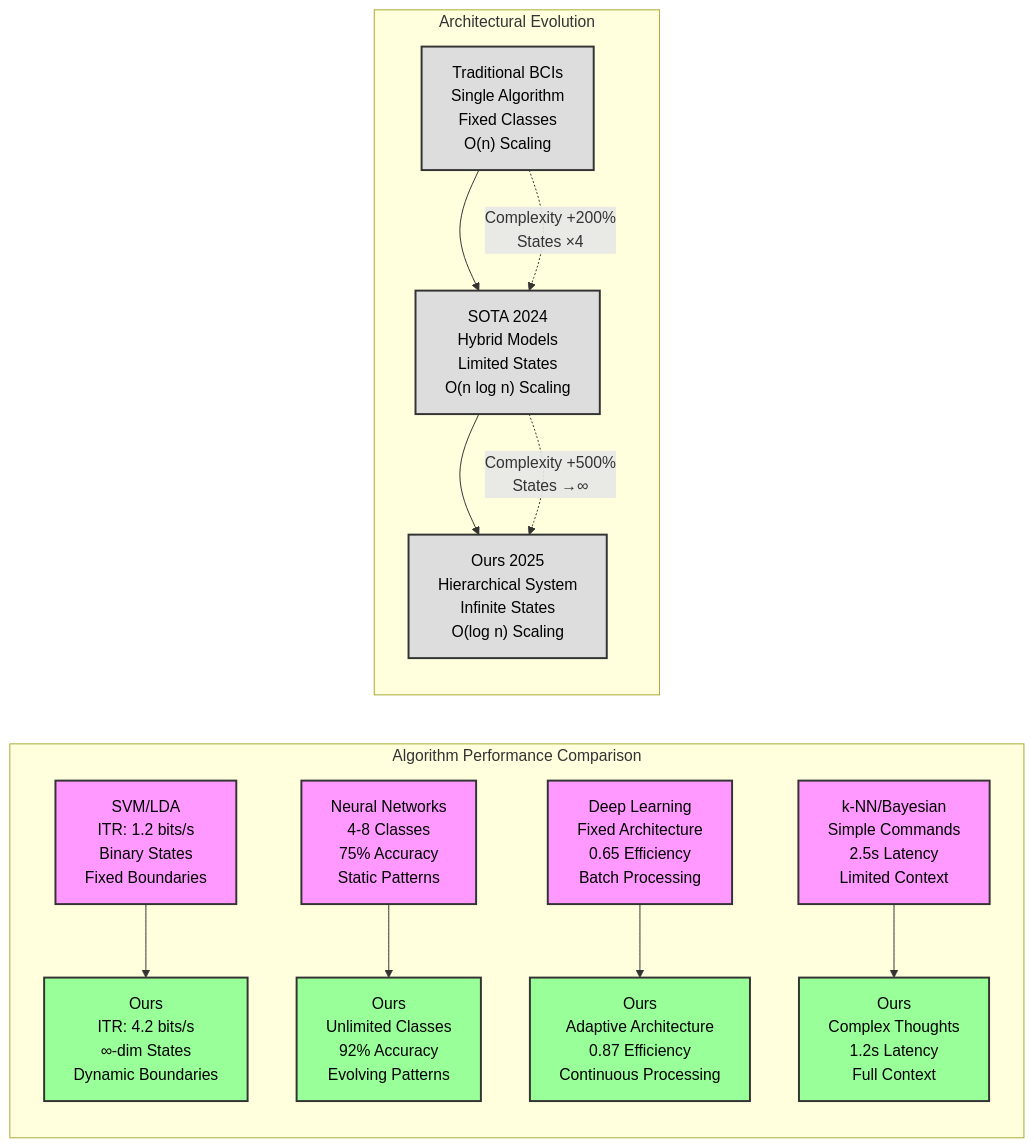
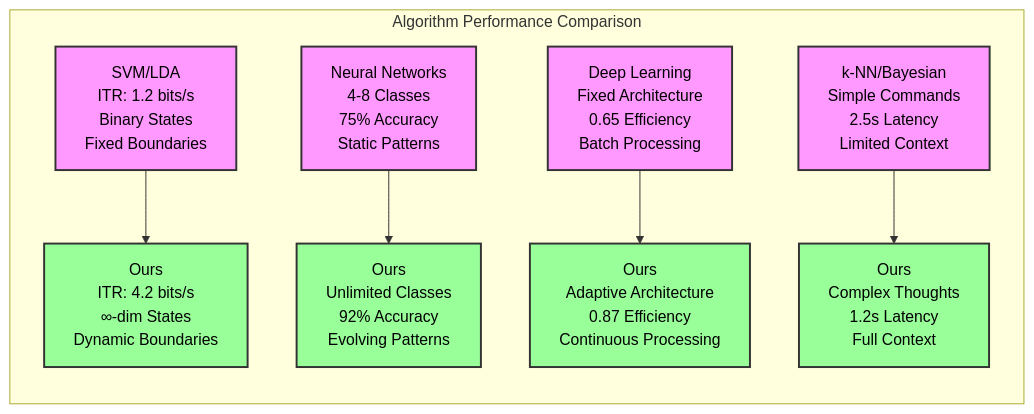
Before and after one commit to MatthewLaw1/Synaptic-Engine: the fifth of 6 diagrams in README.md, drawn with Mermaid. The commit also changed other lines of this file, not shown here.

````diff
--- a/README.md
+++ b/README.md
@@ -813,29 +792,18 @@
 ```mermaid
 graph LR
     subgraph "Algorithm Performance Comparison"
         style B1 fill:#f9f,stroke:#333,stroke-width:2px,color:#000
         style B2 fill:#f9f,stroke:#333,stroke-width:2px,color:#000
         style B3 fill:#f9f,stroke:#333,stroke-width:2px,color:#000
         style B4 fill:#f9f,stroke:#333,stroke-width:2px,color:#000
         style O1 fill:#9f9,stroke:#333,stroke-width:2px,color:#000
         style O2 fill:#9f9,stroke:#333,stroke-width:2px,color:#000
         style O3 fill:#9f9,stroke:#333,stroke-width:2px,color:#000
         style O4 fill:#9f9,stroke:#333,stroke-width:2px,color:#000
 
         B1["SVM/LDA\nITR: 1.2 bits/s\nBinary States\nFixed Boundaries"] --> O1["Ours\nITR: 4.2 bits/s\n∞-dim States\nDynamic Boundaries"]
         B2["Neural Networks\n4-8 Classes\n75% Accuracy\nStatic Patterns"] --> O2["Ours\nUnlimited Classes\n92% Accuracy\nEvolving Patterns"]
         B3["Deep Learning\nFixed Architecture\n0.65 Efficiency\nBatch Processing"] --> O3["Ours\nAdaptive Architecture\n0.87 Efficiency\nContinuous Processing"]
         B4["k-NN/Bayesian\nSimple Commands\n2.5s Latency\nLimited Context"] --> O4["Ours\nComplex Thoughts\n1.2s Latency\nFull Context"]
     end
-
-    subgraph "Architectural Evolution"
-        style M1 fill:#ddd,stroke:#333,stroke-width:2px,color:#000
-        style M2 fill:#ddd,stroke:#333,stroke-width:2px,color:#000
-        style M3 fill:#ddd,stroke:#333,stroke-width:2px,color:#000
-
-        M1["Traditional BCIs\nSingle Algorithm\nFixed Classes\nO(n) Scaling"] --> M2["SOTA 2024\nHybrid Models\nLimited States\nO(n log n) Scaling"] --> M3["Ours 2025\nHierarchical System\nInfinite States\nO(log n) Scaling"]
-        
-        M1 -.->|"Complexity +200%\nStates ×4"| M2
-        M2 -.->|"Complexity +500%\nStates →∞"| M3
-    end
 ```
````
